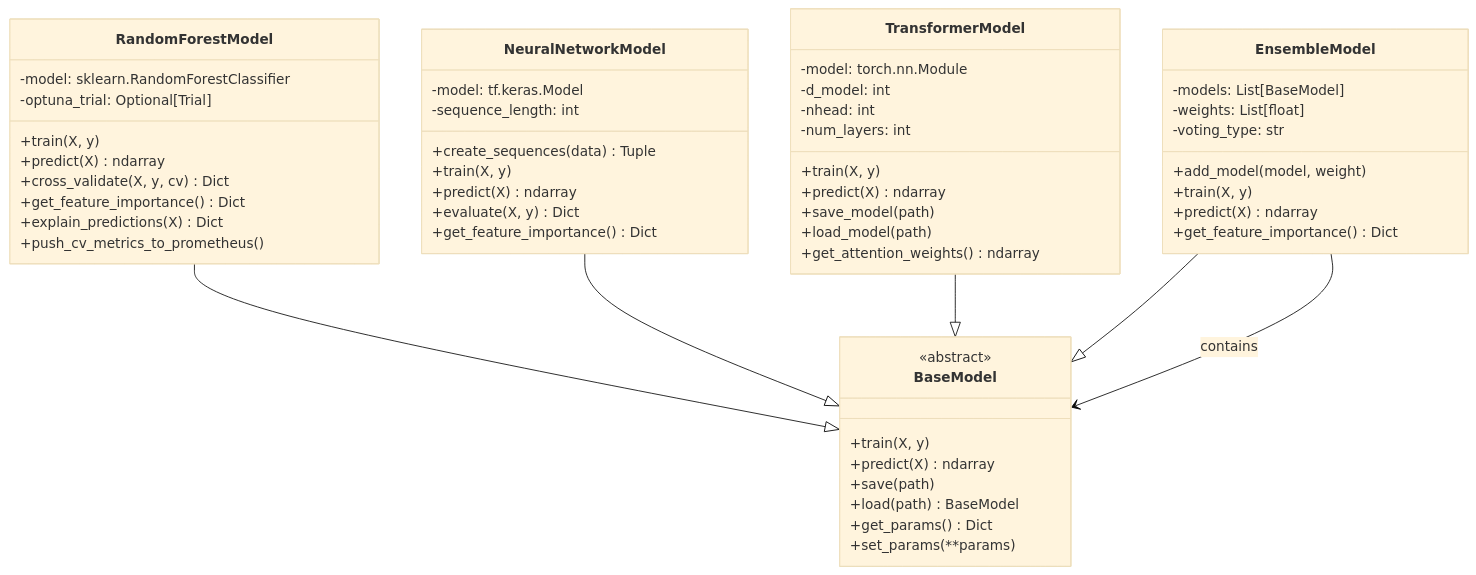
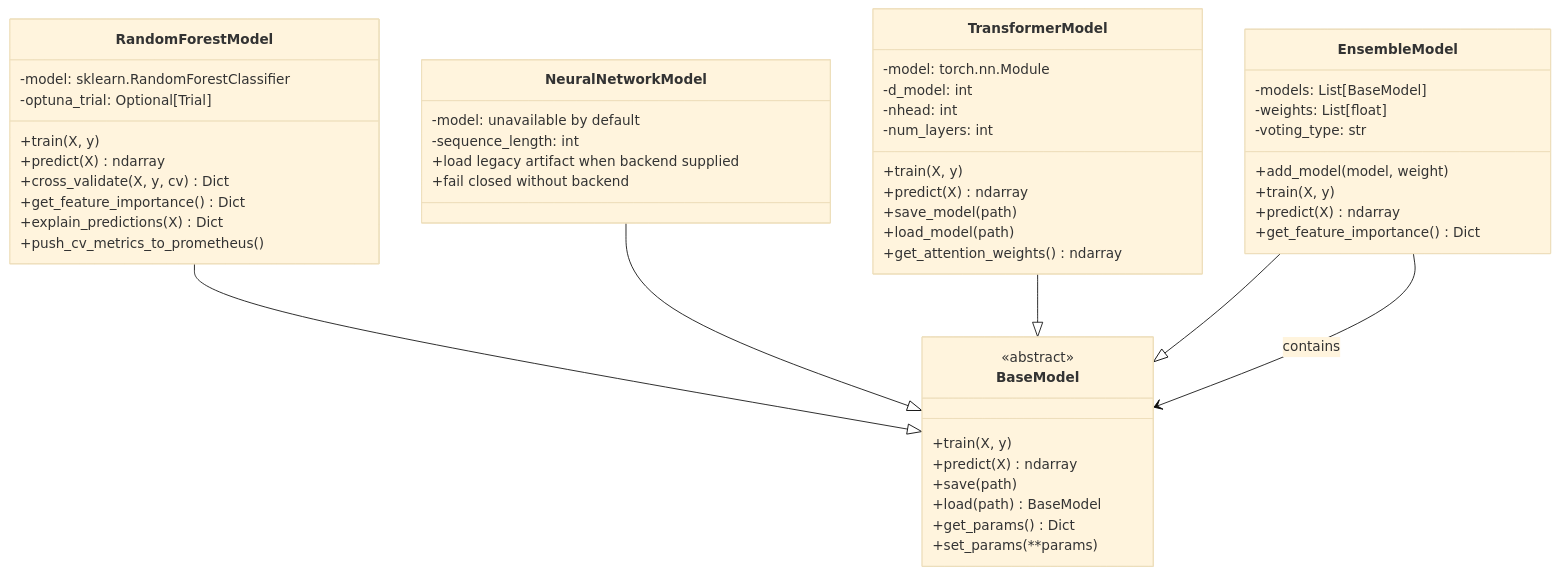
The second of 6 diagrams in docs/COMPONENTS.md (cluster2600/ELVIS), drawn with Mermaid (base theme) before and after one commit. The commit also changed other lines of this file and 260 other files, not shown here.

````diff
--- a/docs/COMPONENTS.md
+++ b/docs/COMPONENTS.md
@@ -114,62 +112,59 @@
 ```mermaid
 classDiagram
     class BaseModel {
         <<abstract>>
         +train(X, y)
         +predict(X) ndarray
         +save(path)
         +load(path) BaseModel
         +get_params() Dict
         +set_params(**params)
     }
     
     class RandomForestModel {
         -model: sklearn.RandomForestClassifier
         -optuna_trial: Optional[Trial]
         +train(X, y)
         +predict(X) ndarray
         +cross_validate(X, y, cv) Dict
         +get_feature_importance() Dict
         +explain_predictions(X) Dict
         +push_cv_metrics_to_prometheus()
     }
     
     class NeuralNetworkModel {
-        -model: tf.keras.Model
+        -model: unavailable by default
         -sequence_length: int
-        +create_sequences(data) Tuple
-        +train(X, y)
-        +predict(X) ndarray
-        +evaluate(X, y) Dict
-        +get_feature_importance() Dict
+        +load legacy artifact when backend supplied
+        +fail closed without backend
     }
     
     class TransformerModel {
         -model: torch.nn.Module
         -d_model: int
         -nhead: int
         -num_layers: int
         +train(X, y)
         +predict(X) ndarray
         +save_model(path)
         +load_model(path)
         +get_attention_weights() ndarray
     }
     
     class EnsembleModel {
         -models: List[BaseModel]
         -weights: List[float]
         -voting_type: str
         +add_model(model, weight)
         +train(X, y)
         +predict(X) ndarray
         +get_feature_importance() Dict
     }
     
     RandomForestModel --|> BaseModel
     NeuralNetworkModel --|> BaseModel
     TransformerModel --|> BaseModel
     EnsembleModel --|> BaseModel
     
     EnsembleModel --> BaseModel : contains
 ```
````
